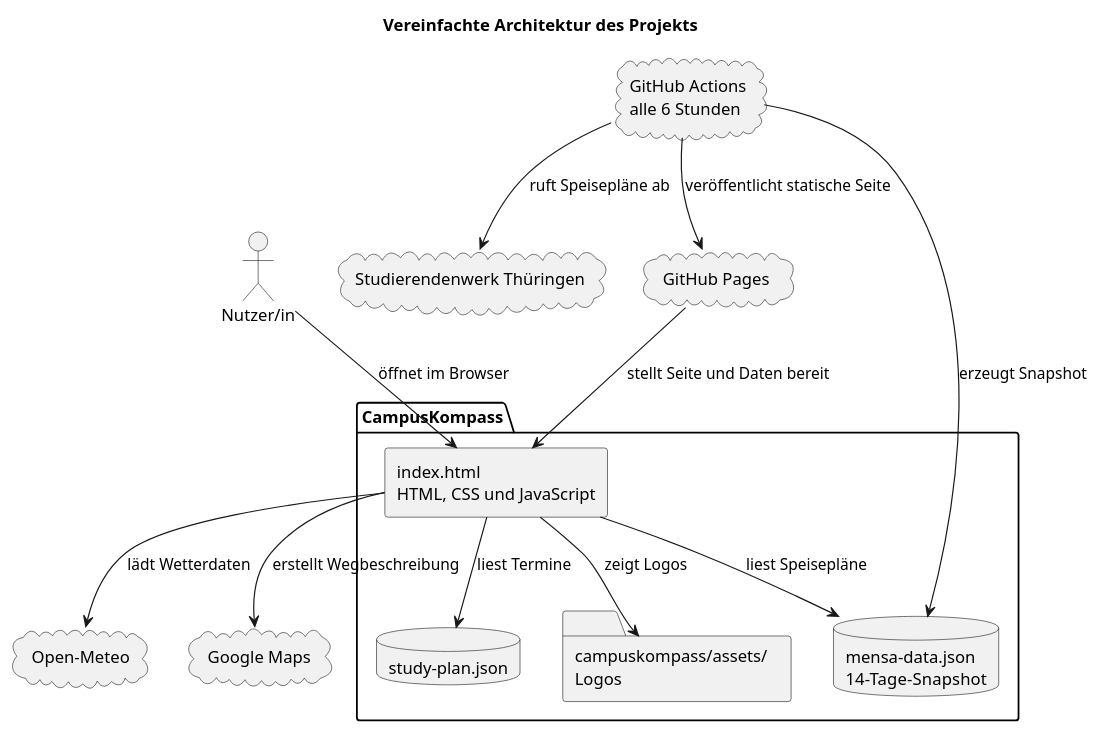
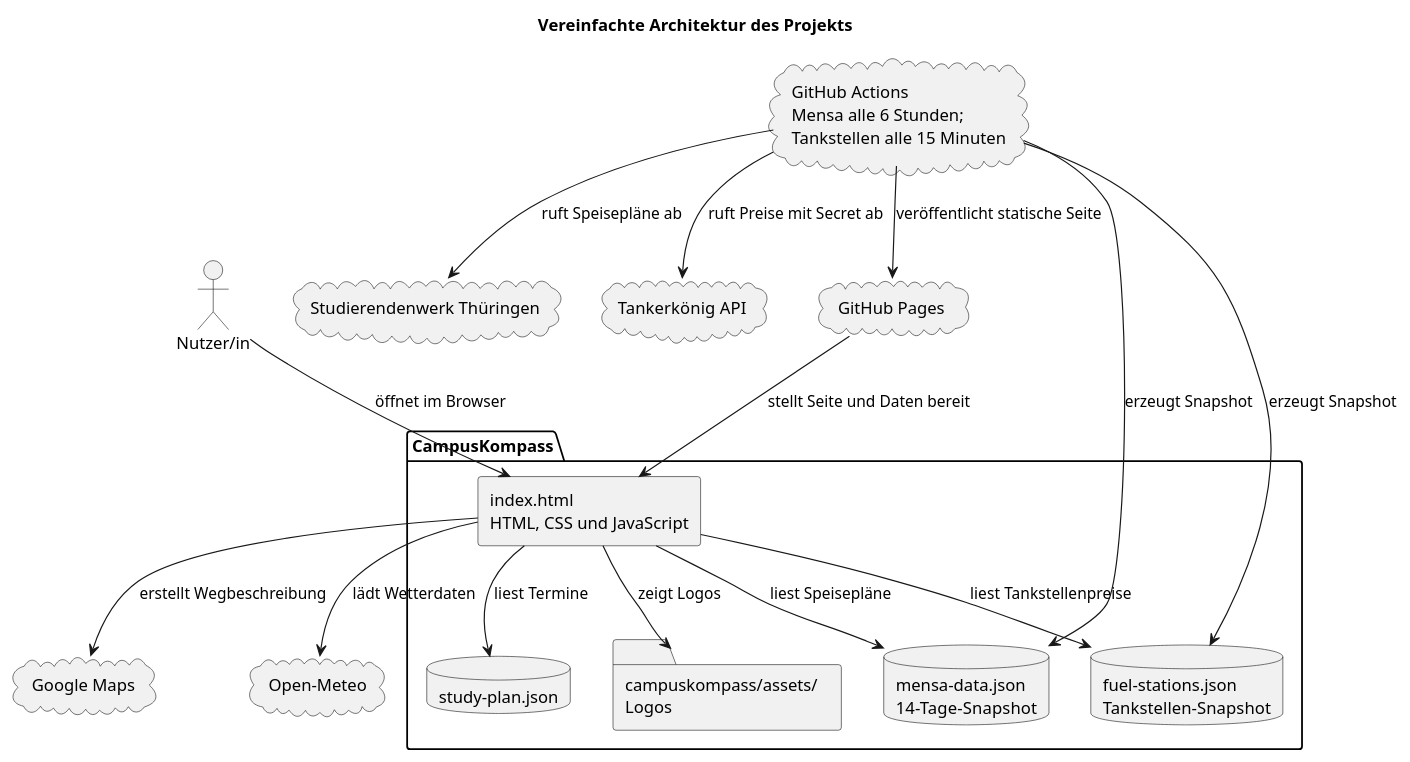
The diagram in docs/komponenten.puml (hsm-se-workshop-2026/campuskompass), drawn with PlantUML before and after one commit. The commit also changed 12 other files, not shown here.

Commit message:
Add Tankerkönig fuel price widget

```diff
--- a/docs/komponenten.puml
+++ b/docs/komponenten.puml
@@ -1,33 +1,38 @@
 @startuml
 title Vereinfachte Architektur des Projekts
 
 skinparam componentStyle rectangle
 skinparam shadowing false
 
 actor "Nutzer/in" as User
 
 package "CampusKompass" {
   component "index.html\nHTML, CSS und JavaScript" as Dashboard
   database "study-plan.json" as StudyPlan
   database "mensa-data.json\n14-Tage-Snapshot" as MenuData
+  database "fuel-stations.json\nTankstellen-Snapshot" as FuelData
   folder "campuskompass/assets/\nLogos" as Logos
 }
 
-cloud "GitHub Actions\nalle 6 Stunden" as Actions
+cloud "GitHub Actions\nMensa alle 6 Stunden;\nTankstellen alle 15 Minuten" as Actions
 cloud "Studierendenwerk Thüringen" as Mensa
+cloud "Tankerkönig API" as FuelApi
 cloud "GitHub Pages" as Pages
 cloud "Open-Meteo" as Weather
 cloud "Google Maps" as Maps
 
 User --> Dashboard : öffnet im Browser
 Dashboard --> StudyPlan : liest Termine
 Dashboard --> MenuData : liest Speisepläne
+Dashboard --> FuelData : liest Tankstellenpreise
 Dashboard --> Logos : zeigt Logos
 Dashboard --> Weather : lädt Wetterdaten
 Dashboard --> Maps : erstellt Wegbeschreibung
 Actions --> Mensa : ruft Speisepläne ab
 Actions --> MenuData : erzeugt Snapshot
+Actions --> FuelApi : ruft Preise mit Secret ab
+Actions --> FuelData : erzeugt Snapshot
 Actions --> Pages : veröffentlicht statische Seite
 Pages --> Dashboard : stellt Seite und Daten bereit
 
 @enduml
```
